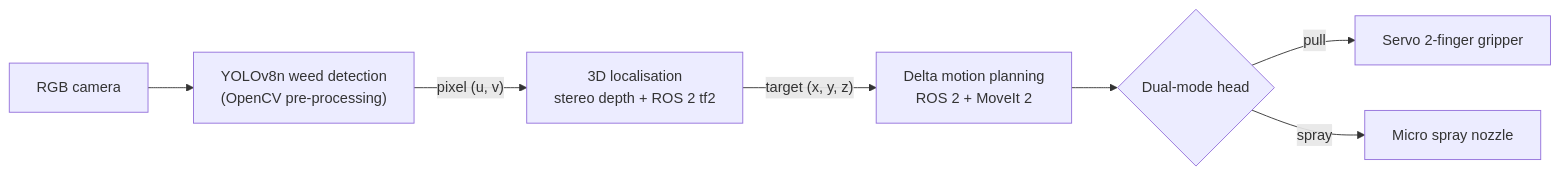
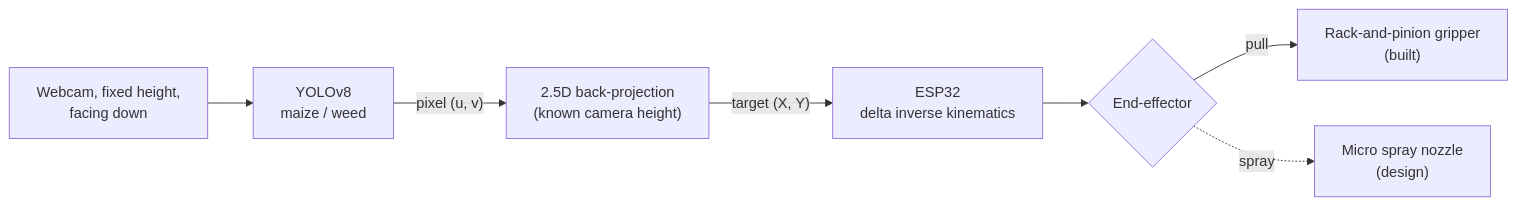
One commit to adithya2204/dual-mode-weeder-amr-overview changed the diagram in README.md. Above: the diagram before and after it, drawn with Mermaid. The commit also changed other lines of this file, not shown here.

````diff
--- a/README.md
+++ b/README.md
@@ -15,9 +21,9 @@
 ```mermaid
 flowchart LR
-    cam["RGB camera"] --> yolo["YOLOv8n weed detection<br/>(OpenCV pre-processing)"]
-    yolo -->|"pixel (u, v)"| loc["3D localisation<br/>stereo depth + ROS 2 tf2"]
-    loc -->|"target (x, y, z)"| plan["Delta motion planning<br/>ROS 2 + MoveIt 2"]
-    plan --> head{"Dual-mode head"}
-    head -->|"pull"| grip["Servo 2-finger gripper"]
-    head -->|"spray"| spray["Micro spray nozzle"]
+    cam["Webcam, fixed height,<br/>facing down"] --> yolo["YOLOv8<br/>maize / weed"]
+    yolo -->|"pixel (u, v)"| loc["2.5D back-projection<br/>(known camera height)"]
+    loc -->|"target (X, Y)"| esp["ESP32<br/>delta inverse kinematics"]
+    esp --> head{"End-effector"}
+    head -->|"pull"| grip["Rack-and-pinion gripper<br/>(built)"]
+    head -.->|"spray"| spray["Micro spray nozzle<br/>(design)"]
 ```
````
